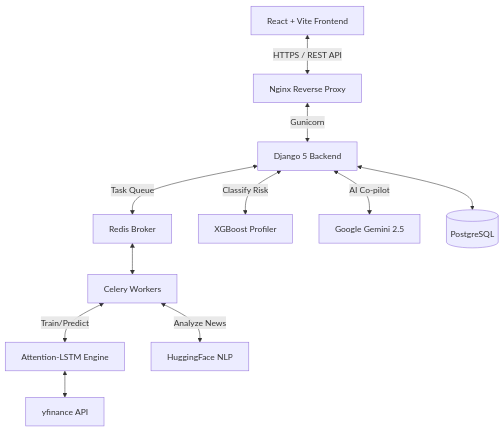
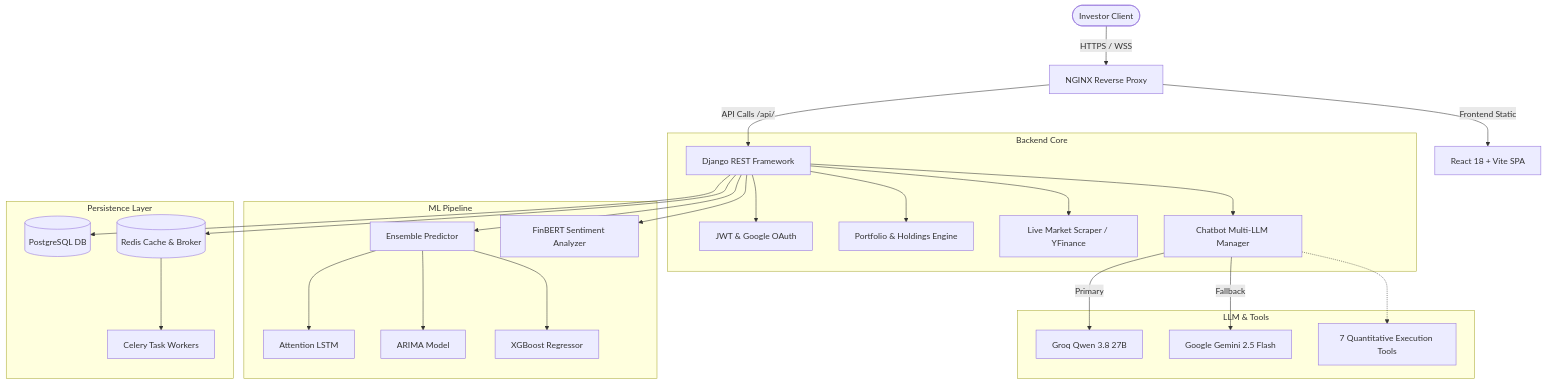
The diagram in README.md (Cypher-redeye/Cresta), drawn with Mermaid before and after one commit. The commit also changed other lines of this file, not shown here.

Commit message:
docs: overhaul README with architecture, multi-LLM failover, screenshots, and team structure

````diff
--- a/README.md
+++ b/README.md
@@ -213,13 +138,33 @@
 ```mermaid
 graph TD
-    Client[React + Vite Frontend] <-->|HTTPS / REST API| Nginx[Nginx Reverse Proxy]
-    Nginx <-->|Gunicorn| Django[Django 5 Backend]
-    Django <-->|Task Queue| Redis[Redis Broker]
-    Redis <--> Celery[Celery Workers]
-    Celery <-->|Train/Predict| PyTorch[Attention-LSTM Engine]
-    Celery <-->|Analyze News| FinBERT[HuggingFace NLP]
-    Django <-->|Classify Risk| XGBoost[XGBoost Profiler]
-    Django <-->|AI Co-pilot| Gemini[Google Gemini 2.5]
-    Django <--> Postgres[(PostgreSQL)]
-    PyTorch <--> YF[yfinance API]
+    User([Investor Client]) -->|HTTPS / WSS| NGINX[NGINX Reverse Proxy]
+    NGINX -->|Frontend Static| ReactVite[React 18 + Vite SPA]
+    NGINX -->|API Calls /api/| Django[Django REST Framework]
+
+    subgraph Backend Core
+        Django --> Auth[JWT & Google OAuth]
+        Django --> Portfolio[Portfolio & Holdings Engine]
+        Django --> MarketData[Live Market Scraper / YFinance]
+        Django --> LLMManager[Chatbot Multi-LLM Manager]
+    end
+
+    subgraph LLM & Tools
+        LLMManager -->|Primary| Groq[Groq Qwen 3.8 27B]
+        LLMManager -->|Fallback| Gemini[Google Gemini 2.5 Flash]
+        LLMManager -.-> Tools[7 Quantitative Execution Tools]
+    end
+
+    subgraph ML Pipeline
+        Django --> Ensemble[Ensemble Predictor]
+        Ensemble --> LSTM[Attention LSTM]
+        Ensemble --> ARIMA[ARIMA Model]
+        Ensemble --> XGB[XGBoost Regressor]
+        Django --> FinBERT[FinBERT Sentiment Analyzer]
+    end
+
+    subgraph Persistence Layer
+        Django --> Postgres[(PostgreSQL DB)]
+        Django --> Redis[(Redis Cache & Broker)]
+        Redis --> Celery[Celery Task Workers]
+    end
 ```
````
